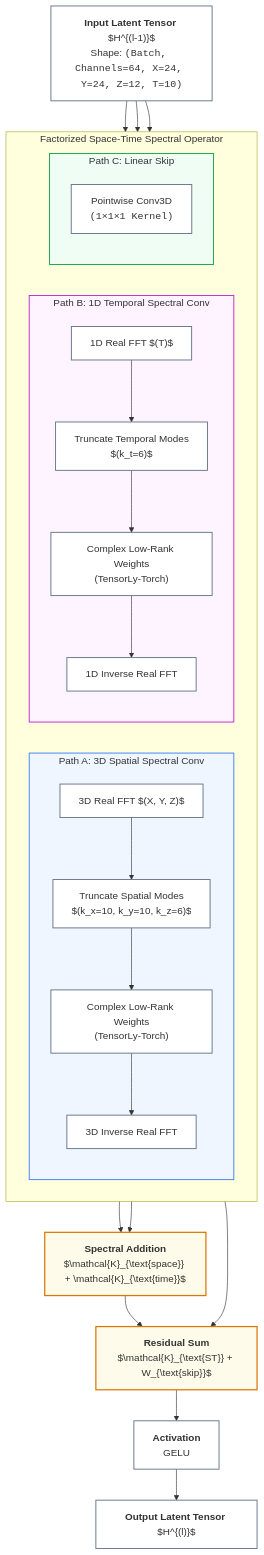
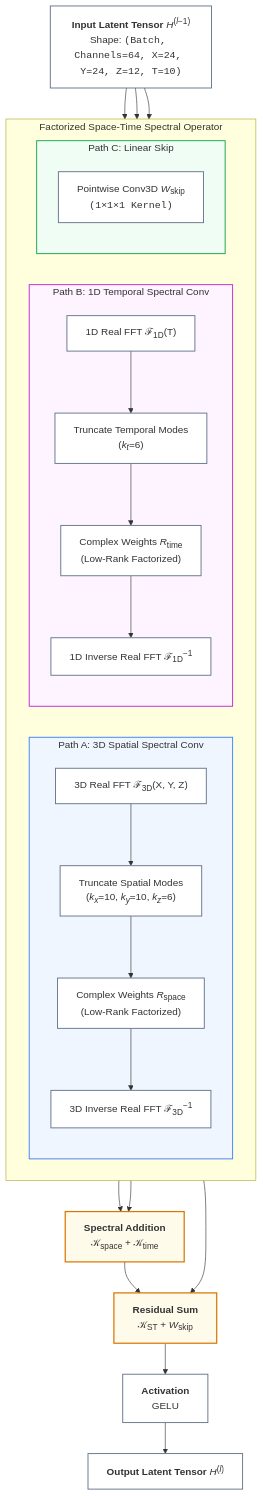
One commit to arpit-kapoor/GW_SciML changed the second of 3 diagrams in docs/space_time_fno_overview.md. Above: the diagram before and after it, drawn with Mermaid. The commit also changed other lines of this file and 1 other file, not shown here.

Commit message:
docs: update technical documentation with refined loss formulations and detailed Mermaid diagrams for FNO architecture and variance-aware training.

````diff
--- a/docs/space_time_fno_overview.md
+++ b/docs/space_time_fno_overview.md
@@ -62,43 +62,43 @@
 ```mermaid
 flowchart TD
-    in_act["<b>Input Latent Tensor</b> $H^{(l-1)}$<br/>Shape: <code>(Batch, Channels=64, X=24, Y=24, Z=12, T=10)</code>"]
+    in_act["<b>Input Latent Tensor</b> <i>H</i><sup>(<i>l</i>−1)</sup><br/>Shape: <code>(Batch, Channels=64, X=24, Y=24, Z=12, T=10)</code>"]
 
     subgraph FACTORIZED_CONV ["Factorized Space-Time Spectral Operator"]
         direction LR
         
         subgraph SPACE ["Path A: 3D Spatial Spectral Conv"]
             direction TB
-            s_fft["3D Real FFT $(X, Y, Z)$"] --> s_mode["Truncate Spatial Modes<br/>$(k_x=10, k_y=10, k_z=6)$"] --> s_weight["Complex Low-Rank Weights<br/>(TensorLy-Torch)"] --> s_ifft["3D Inverse Real FFT"]
+            s_fft["3D Real FFT ℱ<sub>3D</sub>(X, Y, Z)"] --> s_mode["Truncate Spatial Modes<br/>(<i>k<sub>x</sub></i>=10, <i>k<sub>y</sub></i>=10, <i>k<sub>z</sub></i>=6)"] --> s_weight["Complex Weights <i>R</i><sub>space</sub><br/>(Low-Rank Factorized)"] --> s_ifft["3D Inverse Real FFT ℱ<sub>3D</sub><sup>−1</sup>"]
         end
 
         subgraph TIME ["Path B: 1D Temporal Spectral Conv"]
             direction TB
-            t_fft["1D Real FFT $(T)$"] --> t_mode["Truncate Temporal Modes<br/>$(k_t=6)$"] --> t_weight["Complex Low-Rank Weights<br/>(TensorLy-Torch)"] --> t_ifft["1D Inverse Real FFT"]
+            t_fft["1D Real FFT ℱ<sub>1D</sub>(T)"] --> t_mode["Truncate Temporal Modes<br/>(<i>k<sub>t</sub></i>=6)"] --> t_weight["Complex Weights <i>R</i><sub>time</sub><br/>(Low-Rank Factorized)"] --> t_ifft["1D Inverse Real FFT ℱ<sub>1D</sub><sup>−1</sup>"]
         end
 
         subgraph SKIP ["Path C: Linear Skip"]
             direction TB
-            skip_conv["Pointwise Conv3D<br/><code>(1×1×1 Kernel)</code>"]
+            skip_conv["Pointwise Conv3D <i>W</i><sub>skip</sub><br/><code>(1×1×1 Kernel)</code>"]
         end
     end
 
     in_act --> SPACE
     in_act --> TIME
     in_act --> SKIP
 
-    SPACE & TIME --> add_spectral["<b>Spectral Addition</b><br/>$\mathcal{K}_{\text{space}} + \mathcal{K}_{\text{time}}$"]
-    add_spectral & SKIP --> add_all["<b>Residual Sum</b><br/>$\mathcal{K}_{\text{ST}} + W_{\text{skip}}$"]
-    add_all --> act["<b>Activation</b><br/>GELU"] --> out_act["<b>Output Latent Tensor</b> $H^{(l)}$"]
+    SPACE & TIME --> add_spectral["<b>Spectral Addition</b><br/>𝒦<sub>space</sub> + 𝒦<sub>time</sub>"]
+    add_spectral & SKIP --> add_all["<b>Residual Sum</b><br/>𝒦<sub>ST</sub> + <i>W</i><sub>skip</sub>"]
+    add_all --> act["<b>Activation</b><br/>GELU"] --> out_act["<b>Output Latent Tensor</b> <i>H</i><sup>(<i>l</i>)</sup>"]
 
     classDef default fill:#ffffff,stroke:#64748b,stroke-width:1.5px;
     classDef spaceStyle fill:#eff6ff,stroke:#3b82f6,stroke-width:1.5px;
     classDef timeStyle fill:#fdf4ff,stroke:#c026d3,stroke-width:1.5px;
     classDef skipStyle fill:#f0fdf4,stroke:#16a34a,stroke-width:1.5px;
     classDef sumStyle fill:#fffbeb,stroke:#d97706,stroke-width:2px;
 
     class in_act,out_act,act default;
     class SPACE spaceStyle;
     class TIME timeStyle;
     class SKIP skipStyle;
     class add_spectral,add_all sumStyle;
 ```
````
